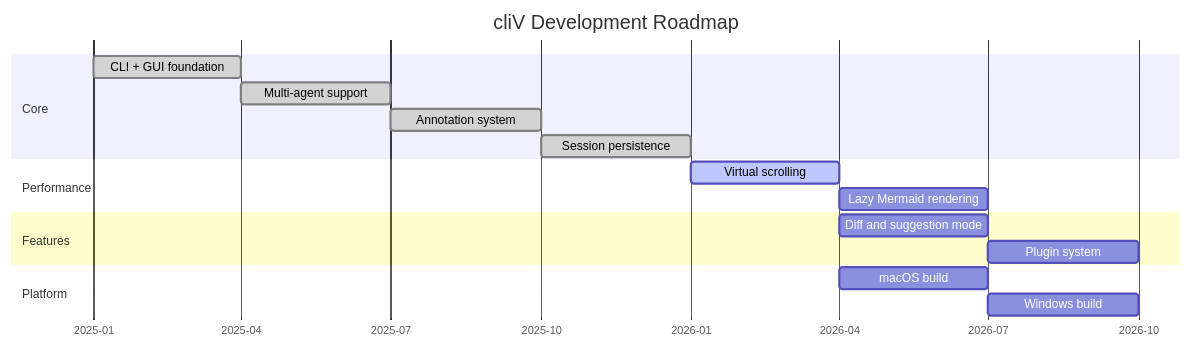
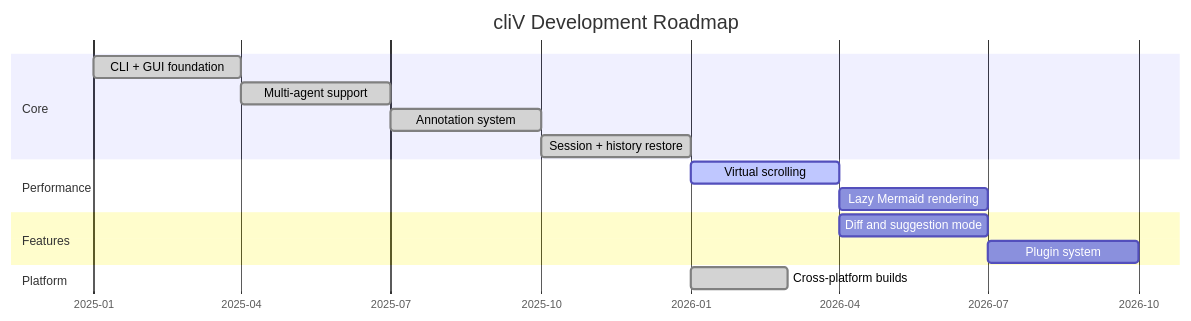
One commit to BobDLA/cliv changed diagram 20 of 22 in docs/demo/demo.md. Above: the diagram before and after it, drawn with Mermaid. The commit also changed other lines of this file and 44 other files, not shown here.

````diff
--- a/docs/demo/demo.md
+++ b/docs/demo/demo.md
@@ -1059,24 +1174,23 @@
 ```mermaid
 gantt
     title cliV Development Roadmap
     dateFormat YYYY-MM-DD
     axisFormat %Y-%m
 
     section Core
     CLI + GUI foundation       :done, 2025-01-01, 2025-04-01
     Multi-agent support        :done, 2025-04-01, 2025-07-01
     Annotation system          :done, 2025-07-01, 2025-10-01
-    Session persistence        :done, 2025-10-01, 2026-01-01
+    Session + history restore  :done, 2025-10-01, 2026-01-01
 
     section Performance
     Virtual scrolling          :active, 2026-01-01, 2026-04-01
     Lazy Mermaid rendering     :2026-04-01, 2026-07-01
 
     section Features
     Diff and suggestion mode   :2026-04-01, 2026-07-01
     Plugin system              :2026-07-01, 2026-10-01
 
     section Platform
-    macOS build                :2026-04-01, 2026-07-01
-    Windows build              :2026-07-01, 2026-10-01
+    Cross-platform builds      :done, 2026-01-01, 2026-03-01
 ```
````
